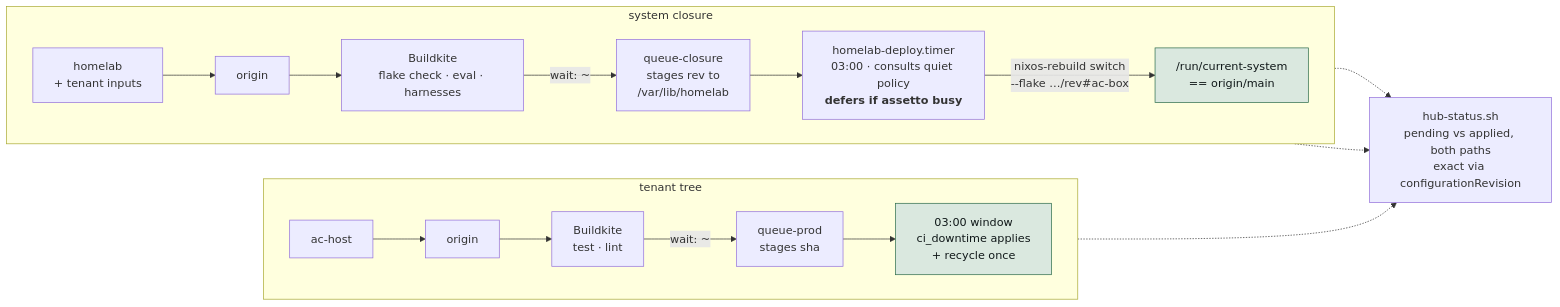
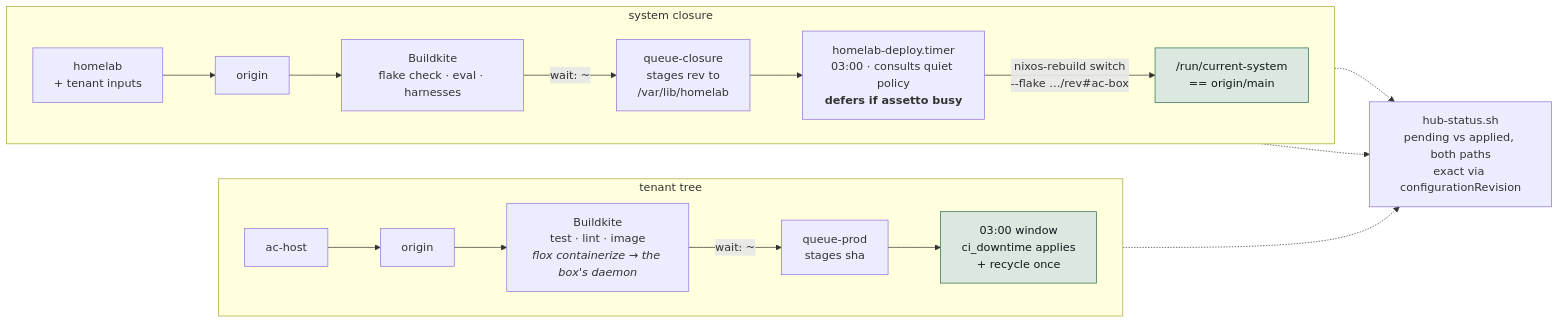
The fourth of 5 diagrams in docs/architecture.md (imkarrer/homelab), drawn with Mermaid before and after one commit. The commit also changed other lines of this file, not shown here.

Commit message:
architecture: the tenant path's CI step now loads the image into the daemon (bead ybm)

````diff
--- a/docs/architecture.md
+++ b/docs/architecture.md
@@ -227,25 +227,25 @@
 ```mermaid
 flowchart LR
     subgraph TENANT ["tenant tree"]
         direction LR
-        A1["ac-host"] --> A2["origin"] --> A3["Buildkite<br/>test · lint"]
+        A1["ac-host"] --> A2["origin"] --> A3["Buildkite<br/>test · lint · image<br/><i>flox containerize → the box's daemon</i>"]
         A3 -- "wait: ~" --> A4["queue-prod<br/>stages sha"]
         A4 --> A6["03:00 window<br/>ci_downtime applies<br/>+ recycle once"]
     end
 
     subgraph CLOSURE ["system closure"]
         direction LR
         B1["homelab<br/>+ tenant inputs"] --> B2["origin"] --> B3["Buildkite<br/>flake check · eval · harnesses"]
         B3 -- "wait: ~" --> B4["queue-closure<br/>stages rev to<br/>/var/lib/homelab"]
         B4 --> B5["homelab-deploy.timer<br/>03:00 · consults quiet policy<br/><b>defers if assetto busy</b>"]
         B5 -- "nixos-rebuild switch<br/>--flake …/rev#ac-box" --> B6["/run/current-system<br/>== origin/main"]
     end
 
     STATUS["hub-status.sh<br/>pending vs applied, both paths<br/>exact via configurationRevision"]
     A4 -.-> STATUS
     B4 -.-> STATUS
     B6 -.-> STATUS
 
     classDef ok fill:#dae8df,stroke:#2c6b4b,color:#101819;
     class A6,B6 ok;
 ```
````
